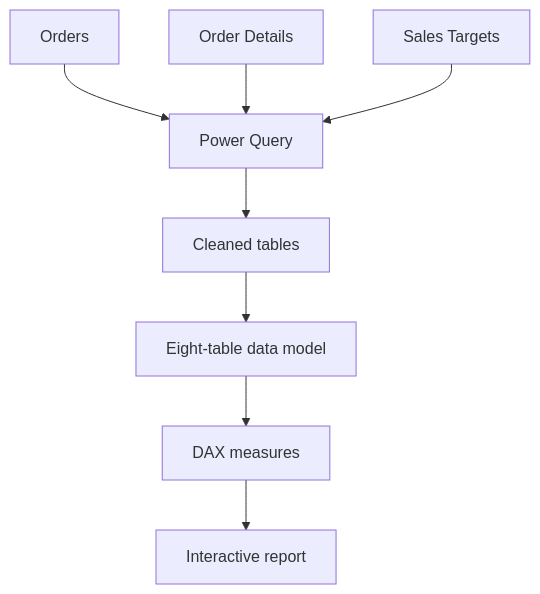
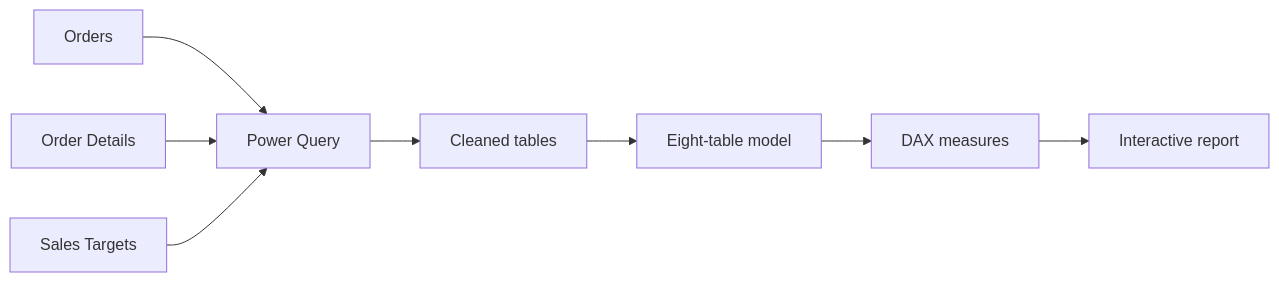
One commit to shanmukhkoyya/Data-Transformation-Data-Modeling-using-Power-BI changed the diagram in README.md. Above: the diagram before and after it, drawn with Mermaid. The commit also changed other lines of this file, not shown here.

Commit message:
Redesign Power BI modeling README as architecture blueprint

````diff
--- a/README.md
+++ b/README.md
@@ -8,10 +13,10 @@
 ```mermaid
-flowchart TB
- A[Orders] --> D[Power Query]
- B[Order Details] --> D
- C[Sales Targets] --> D
- D --> E[Cleaned tables]
- E --> F[Eight-table data model]
- F --> G[DAX measures]
- G --> H[Interactive report]
+flowchart LR
+ O[Orders] --> PQ[Power Query]
+ D[Order Details] --> PQ
+ T[Sales Targets] --> PQ
+ PQ --> ST[Cleaned tables]
+ ST --> M[Eight-table model]
+ M --> DX[DAX measures]
+ DX --> R[Interactive report]
 ```
````
